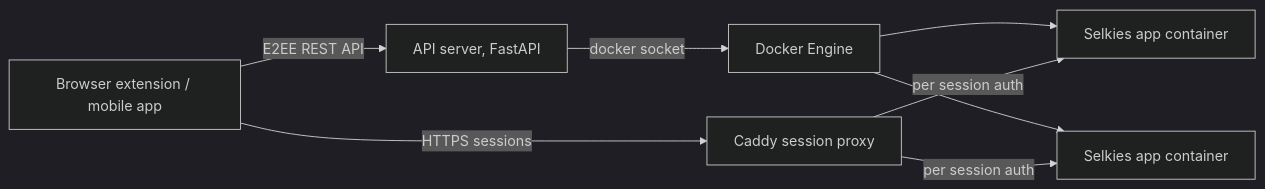
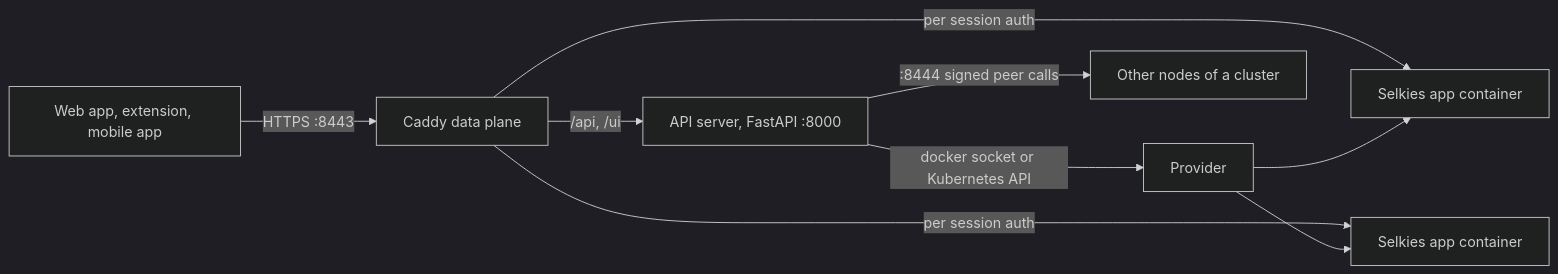
The diagram in docs/selkies/components/sealskin.md (linuxserver/docker-documentation), drawn with Mermaid (dark theme) before and after one commit. The commit also changed other lines of this file and 18 other files, not shown here.

````diff
--- a/docs/selkies/components/sealskin.md
+++ b/docs/selkies/components/sealskin.md
@@ -14,10 +14,11 @@
 ```mermaid
 graph LR
-    E[Browser extension / mobile app] -->|E2EE REST API| A[API server, FastAPI]
-    E -->|HTTPS sessions| C[Caddy session proxy]
-    A -->|docker socket| D[Docker Engine]
-    D --> S1[Selkies app container]
-    D --> S2[Selkies app container]
-    C -->|per session auth| S1
-    C -->|per session auth| S2
+    W[Web app, extension, mobile app] -->|HTTPS :8443| C[Caddy data plane]
+    C -->|/api, /ui| A[API server, FastAPI :8000]
+    C -->|per session auth| S1[Selkies app container]
+    C -->|per session auth| S2[Selkies app container]
+    A -->|docker socket or Kubernetes API| D[Provider]
+    D --> S1
+    D --> S2
+    A -->|:8444 signed peer calls| N[Other nodes of a cluster]
 ```
````
